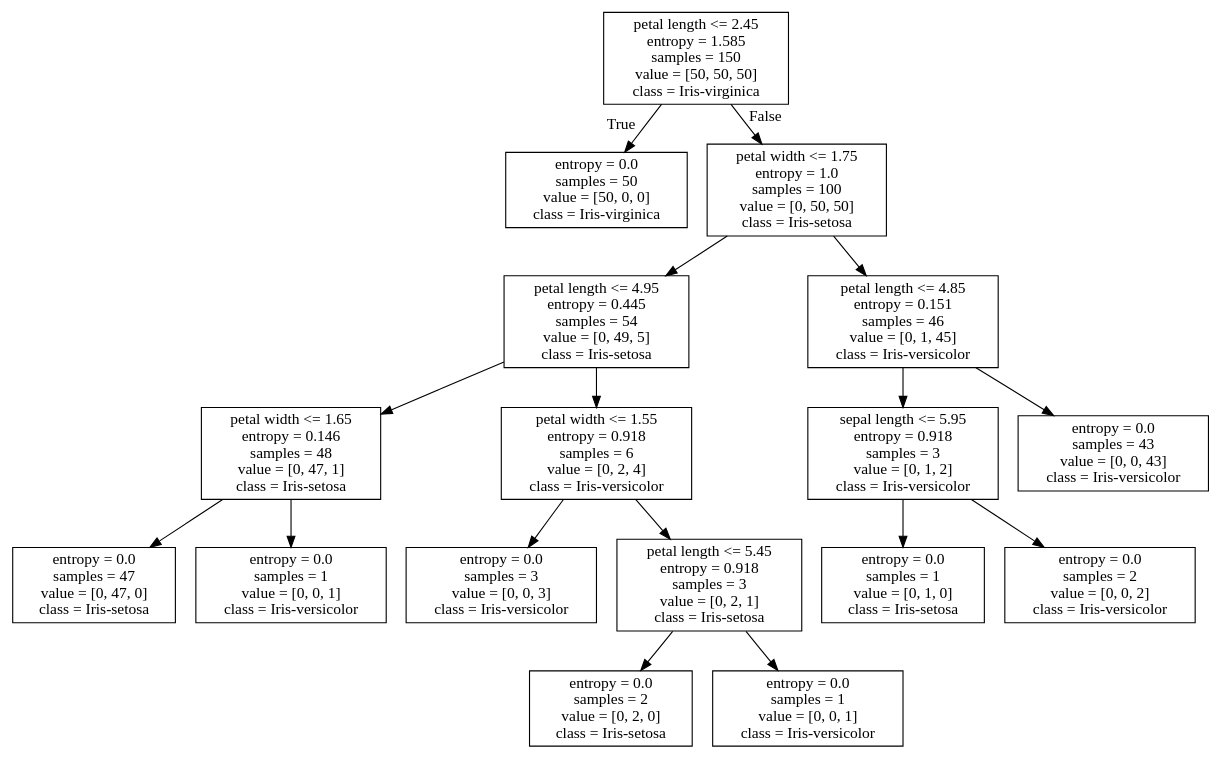
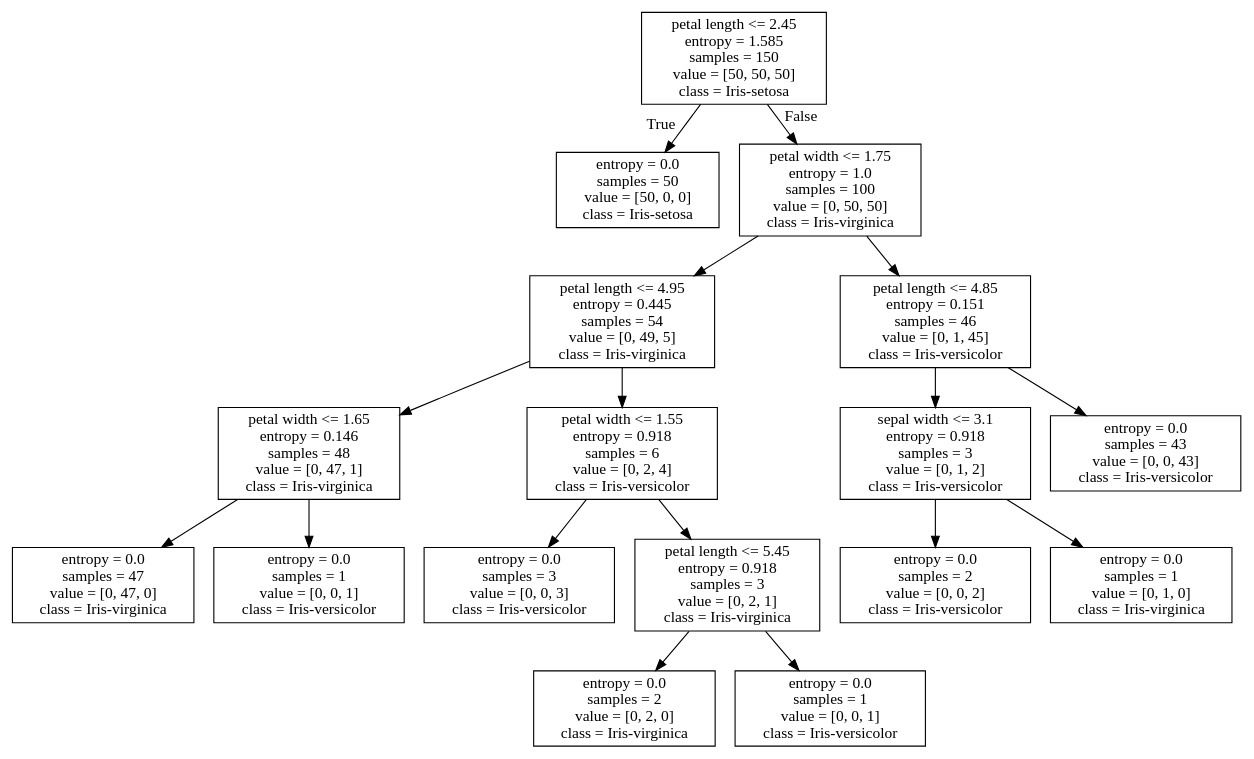
One commit to marmot0814/2018-ML changed the diagram in HW1/iris/dataOutput.dot. Above: the diagram before and after it, drawn with Graphviz. The commit also changed 3 other files, not shown here.

```diff
--- a/HW1/iris/dataOutput.dot
+++ b/HW1/iris/dataOutput.dot
@@ -1,36 +1,36 @@
 digraph Tree {
 node [shape=box] ;
-0 [label="petal length <= 2.45\nentropy = 1.585\nsamples = 150\nvalue = [50, 50, 50]\nclass = Iris-virginica"] ;
-1 [label="entropy = 0.0\nsamples = 50\nvalue = [50, 0, 0]\nclass = Iris-virginica"] ;
+0 [label="petal length <= 2.45\nentropy = 1.585\nsamples = 150\nvalue = [50, 50, 50]\nclass = Iris-setosa"] ;
+1 [label="entropy = 0.0\nsamples = 50\nvalue = [50, 0, 0]\nclass = Iris-setosa"] ;
 0 -> 1 [labeldistance=2.5, labelangle=45, headlabel="True"] ;
-2 [label="petal width <= 1.75\nentropy = 1.0\nsamples = 100\nvalue = [0, 50, 50]\nclass = Iris-setosa"] ;
+2 [label="petal width <= 1.75\nentropy = 1.0\nsamples = 100\nvalue = [0, 50, 50]\nclass = Iris-virginica"] ;
 0 -> 2 [labeldistance=2.5, labelangle=-45, headlabel="False"] ;
-3 [label="petal length <= 4.95\nentropy = 0.445\nsamples = 54\nvalue = [0, 49, 5]\nclass = Iris-setosa"] ;
+3 [label="petal length <= 4.95\nentropy = 0.445\nsamples = 54\nvalue = [0, 49, 5]\nclass = Iris-virginica"] ;
 2 -> 3 ;
-4 [label="petal width <= 1.65\nentropy = 0.146\nsamples = 48\nvalue = [0, 47, 1]\nclass = Iris-setosa"] ;
+4 [label="petal width <= 1.65\nentropy = 0.146\nsamples = 48\nvalue = [0, 47, 1]\nclass = Iris-virginica"] ;
 3 -> 4 ;
-5 [label="entropy = 0.0\nsamples = 47\nvalue = [0, 47, 0]\nclass = Iris-setosa"] ;
+5 [label="entropy = 0.0\nsamples = 47\nvalue = [0, 47, 0]\nclass = Iris-virginica"] ;
 4 -> 5 ;
 6 [label="entropy = 0.0\nsamples = 1\nvalue = [0, 0, 1]\nclass = Iris-versicolor"] ;
 4 -> 6 ;
 7 [label="petal width <= 1.55\nentropy = 0.918\nsamples = 6\nvalue = [0, 2, 4]\nclass = Iris-versicolor"] ;
 3 -> 7 ;
 8 [label="entropy = 0.0\nsamples = 3\nvalue = [0, 0, 3]\nclass = Iris-versicolor"] ;
 7 -> 8 ;
-9 [label="petal length <= 5.45\nentropy = 0.918\nsamples = 3\nvalue = [0, 2, 1]\nclass = Iris-setosa"] ;
+9 [label="petal length <= 5.45\nentropy = 0.918\nsamples = 3\nvalue = [0, 2, 1]\nclass = Iris-virginica"] ;
 7 -> 9 ;
-10 [label="entropy = 0.0\nsamples = 2\nvalue = [0, 2, 0]\nclass = Iris-setosa"] ;
+10 [label="entropy = 0.0\nsamples = 2\nvalue = [0, 2, 0]\nclass = Iris-virginica"] ;
 9 -> 10 ;
 11 [label="entropy = 0.0\nsamples = 1\nvalue = [0, 0, 1]\nclass = Iris-versicolor"] ;
 9 -> 11 ;
 12 [label="petal length <= 4.85\nentropy = 0.151\nsamples = 46\nvalue = [0, 1, 45]\nclass = Iris-versicolor"] ;
 2 -> 12 ;
-13 [label="sepal length <= 5.95\nentropy = 0.918\nsamples = 3\nvalue = [0, 1, 2]\nclass = Iris-versicolor"] ;
+13 [label="sepal width <= 3.1\nentropy = 0.918\nsamples = 3\nvalue = [0, 1, 2]\nclass = Iris-versicolor"] ;
 12 -> 13 ;
-14 [label="entropy = 0.0\nsamples = 1\nvalue = [0, 1, 0]\nclass = Iris-setosa"] ;
+14 [label="entropy = 0.0\nsamples = 2\nvalue = [0, 0, 2]\nclass = Iris-versicolor"] ;
 13 -> 14 ;
-15 [label="entropy = 0.0\nsamples = 2\nvalue = [0, 0, 2]\nclass = Iris-versicolor"] ;
+15 [label="entropy = 0.0\nsamples = 1\nvalue = [0, 1, 0]\nclass = Iris-virginica"] ;
 13 -> 15 ;
 16 [label="entropy = 0.0\nsamples = 43\nvalue = [0, 0, 43]\nclass = Iris-versicolor"] ;
 12 -> 16 ;
 }
```
